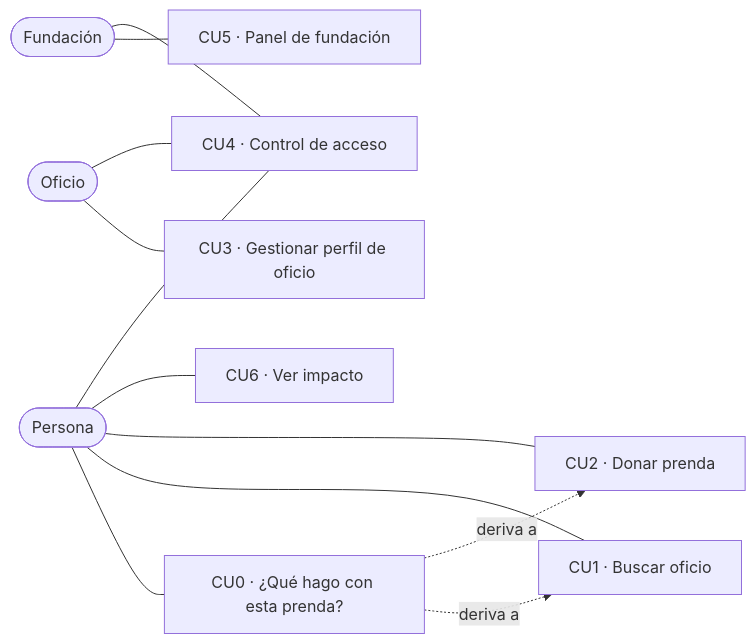
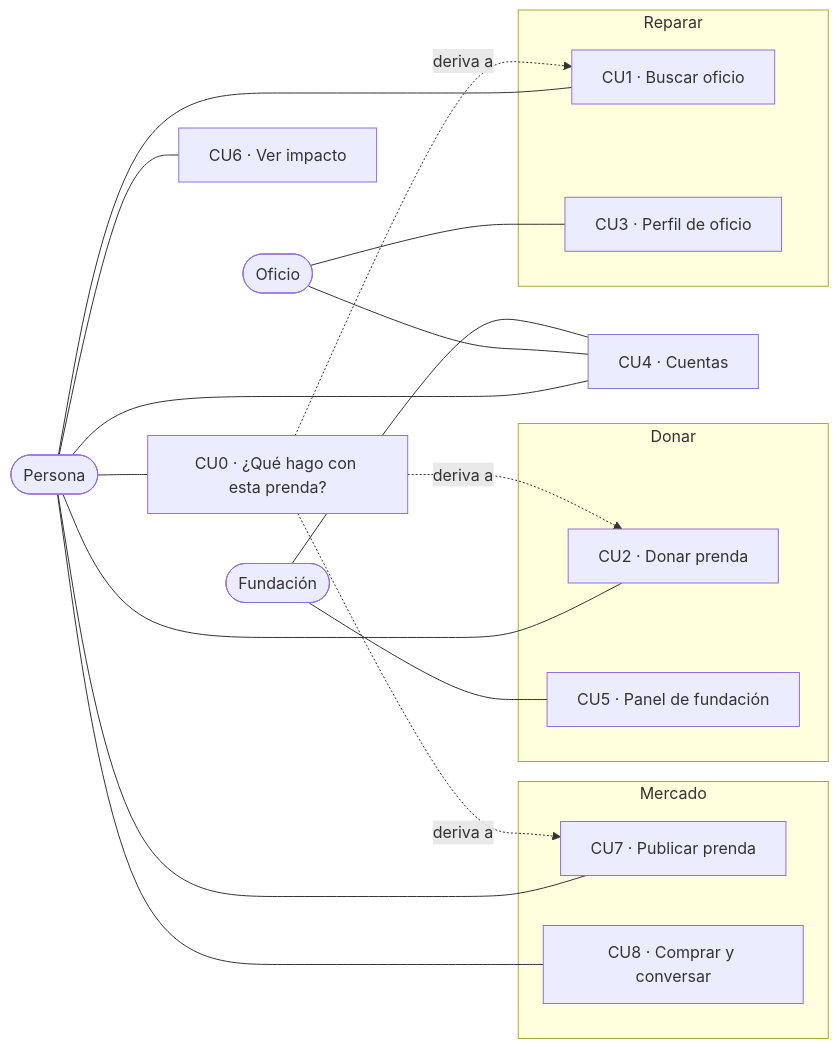
Before and after one commit to Joshua-Cortes/hilo-circular: the diagram in docs/03-casos-de-uso.md, drawn with Mermaid. The commit also changed other lines of this file and 5 other files, not shown here.

````diff
--- a/docs/03-casos-de-uso.md
+++ b/docs/03-casos-de-uso.md
@@ -9,16 +12,22 @@
 ```mermaid
 flowchart LR
-  P(["Persona"]) --- CU0 & CU1 & CU2 & CU6
+  P(["Persona"]) --- CU0 & CU1 & CU2 & CU7 & CU8 & CU6
   O(["Oficio"]) --- CU3
   F(["Fundación"]) --- CU5
   P & O & F --- CU4
-  CU0["CU0 · ¿Qué hago con esta prenda?"]
-  CU1["CU1 · Buscar oficio"]
-  CU2["CU2 · Donar prenda"]
-  CU3["CU3 · Gestionar perfil de oficio"]
-  CU4["CU4 · Control de acceso"]
-  CU5["CU5 · Panel de fundación"]
+  subgraph Reparar
+    CU1["CU1 · Buscar oficio"]
+    CU3["CU3 · Perfil de oficio"]
+  end
+  subgraph Donar
+    CU2["CU2 · Donar prenda"]
+    CU5["CU5 · Panel de fundación"]
+  end
+  subgraph Mercado
+    CU7["CU7 · Publicar prenda"]
+    CU8["CU8 · Comprar y conversar"]
+  end
+  CU0["CU0 · ¿Qué hago con esta prenda?"] -. "deriva a" .-> CU1 & CU2 & CU7
+  CU4["CU4 · Cuentas"]
   CU6["CU6 · Ver impacto"]
-  CU0 -. "deriva a" .-> CU1
-  CU0 -. "deriva a" .-> CU2
 ```
````
